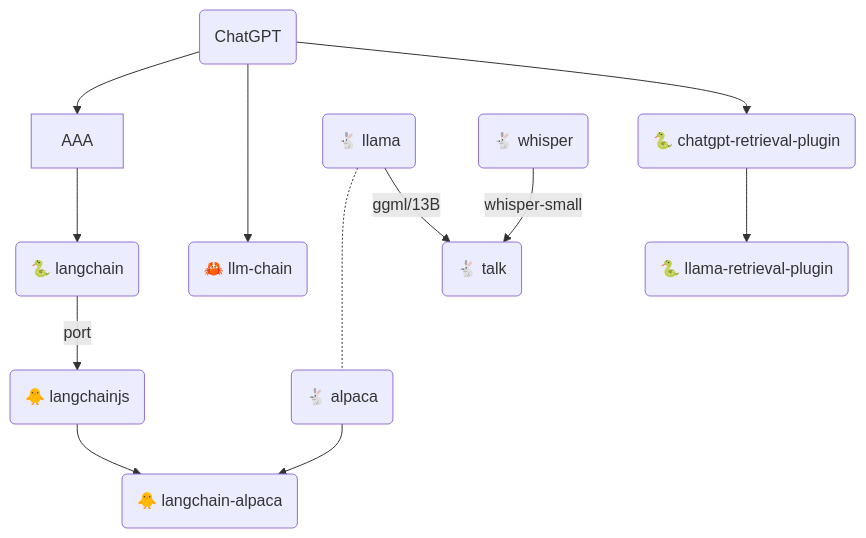
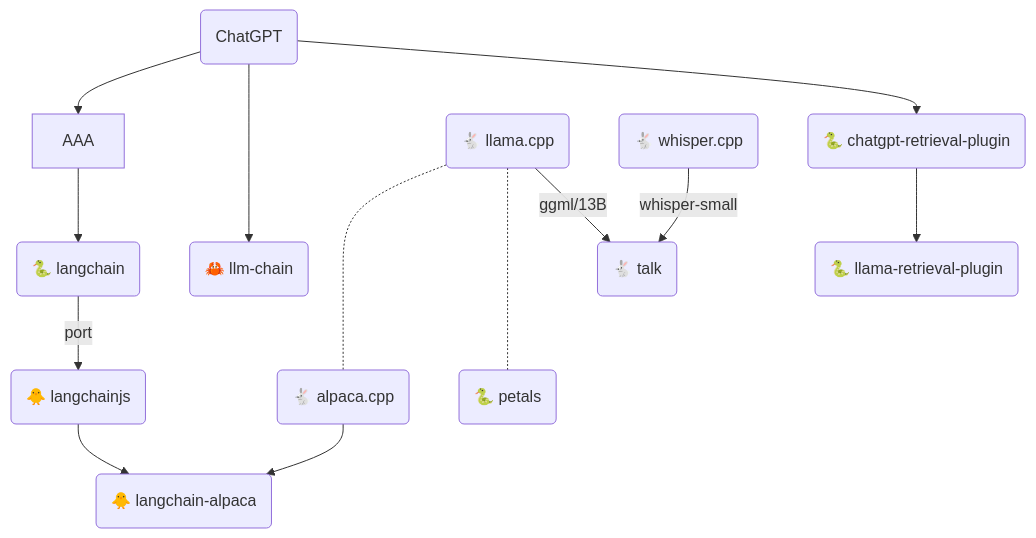
Before and after one commit to gist-rs/book: the fourth of 4 diagrams in src/ml/llama.md, drawn with Mermaid. The commit also changed other lines of this file, not shown here.

Commit message:
feat: add vicuna

````diff
--- a/src/ml/llama.md
+++ b/src/ml/llama.md
@@ -98,17 +100,19 @@
 ```mermaid
 graph TD;
 AAAA("ChatGPT")
 AAAA --> AAA
 AAAA ---> J("🦀 llm-chain")
 AAAA --> I
 AAA --> A
 A("🐍 langchain")
 A --port--> AA("🐥 langchainjs")
 AA --> B("🐥 langchain-alpaca")
-D("🐇 alpaca") --> B
+D("🐇 alpaca.cpp") --> B
 E-..-D
-E("🐇 llama") --ggml/13B--> H
-F("🐇 whisper") --whisper-small--> H
+E-..-DD("🐍 petals")
+E("🐇 llama.cpp") --ggml/13B--> H
+F("🐇 whisper.cpp") --whisper-small--> H
 H("🐇 talk")
 I("🐍 chatgpt-retrieval-plugin") --> II("🐍 llama-retrieval-plugin")
+
 ```
````
